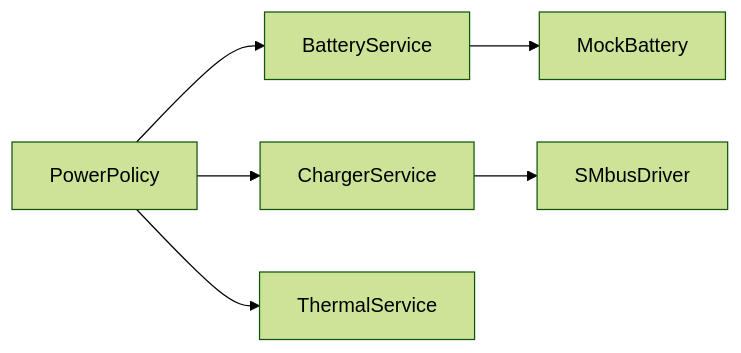
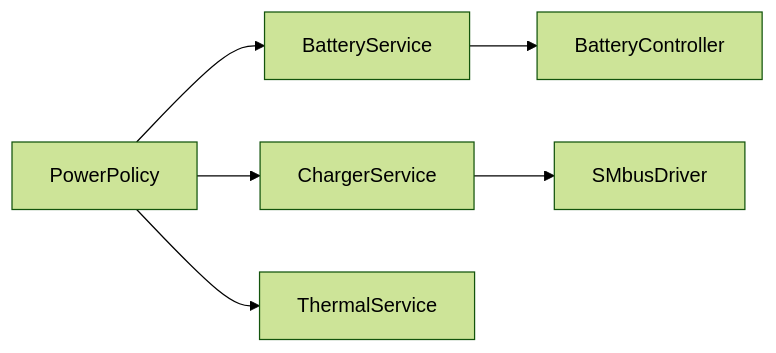
Before and after one commit to tremho/odp-documentation: the diagram in guide_book/src/why/modular.md, drawn with Mermaid (forest theme). The commit also changed 21 other files, not shown here.

````diff
--- a/guide_book/src/why/modular.md
+++ b/guide_book/src/why/modular.md
@@ -19,8 +19,8 @@
 ```mermaid
 graph LR
   PowerPolicy --> BatteryService
   PowerPolicy --> ChargerService
   PowerPolicy --> ThermalService
-  BatteryService --> MockBattery
+  BatteryService --> BatteryController
   ChargerService --> SMbusDriver
  ``` 
````
